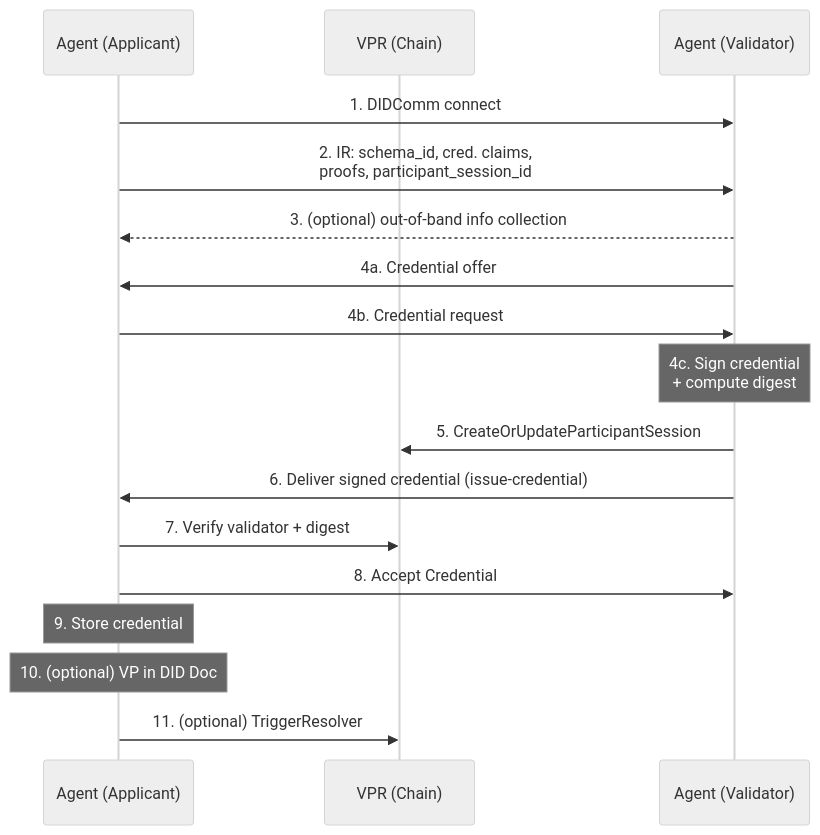
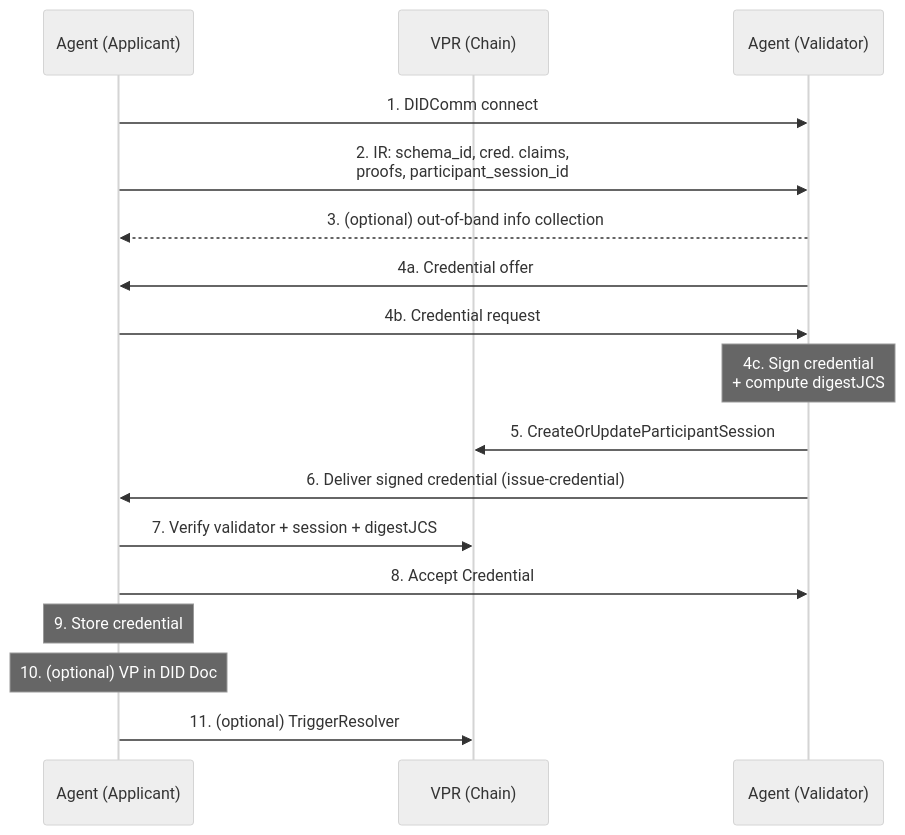
The eighth of 9 diagrams in v4/vs-agent/spec.md (verana-labs/verana-spec), drawn with Mermaid (neutral theme) before and after one commit. The commit also changed other lines of this file, not shown here.

Commit message:
fix(vs-agent): align credential digest handling with the v4 digestJCS anchoring procedure (#34)

````diff
--- a/v4/vs-agent/spec.md
+++ b/v4/vs-agent/spec.md
@@ -632,20 +633,20 @@
 ```mermaid
 sequenceDiagram
     participant Applicant as Agent (Applicant)
     participant VPR as VPR (Chain)
     participant Validator as Agent (Validator)
 
     Applicant->>Validator: 1. DIDComm connect
     Applicant->>Validator: 2. IR: schema_id, cred. claims,<br/>proofs, participant_session_id
     Validator-->>Applicant: 3. (optional) out-of-band info collection
     Validator->>Applicant: 4a. Credential offer
     Applicant->>Validator: 4b. Credential request
-    Note over Validator: 4c. Sign credential<br/>+ compute digest
+    Note over Validator: 4c. Sign credential<br/>+ compute digestJCS
     Validator->>VPR: 5. CreateOrUpdateParticipantSession
     Validator->>Applicant: 6. Deliver signed credential (issue-credential)
-    Applicant->>VPR: 7. Verify validator + digest
+    Applicant->>VPR: 7. Verify validator + session + digestJCS
     Applicant->>Validator: 8. Accept Credential
     Note over Applicant: 9. Store credential
     Note over Applicant: 10. (optional) VP in DID Doc
     Applicant->>VPR: 11. (optional) TriggerResolver
 ```
````
